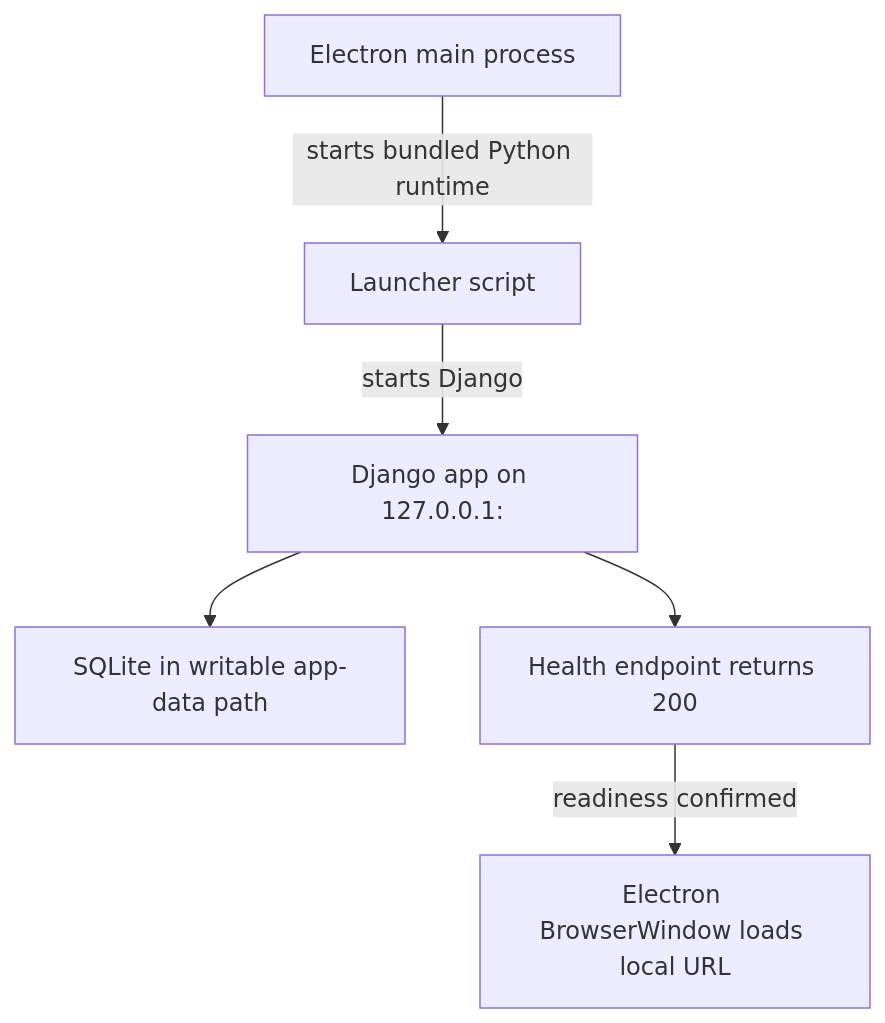
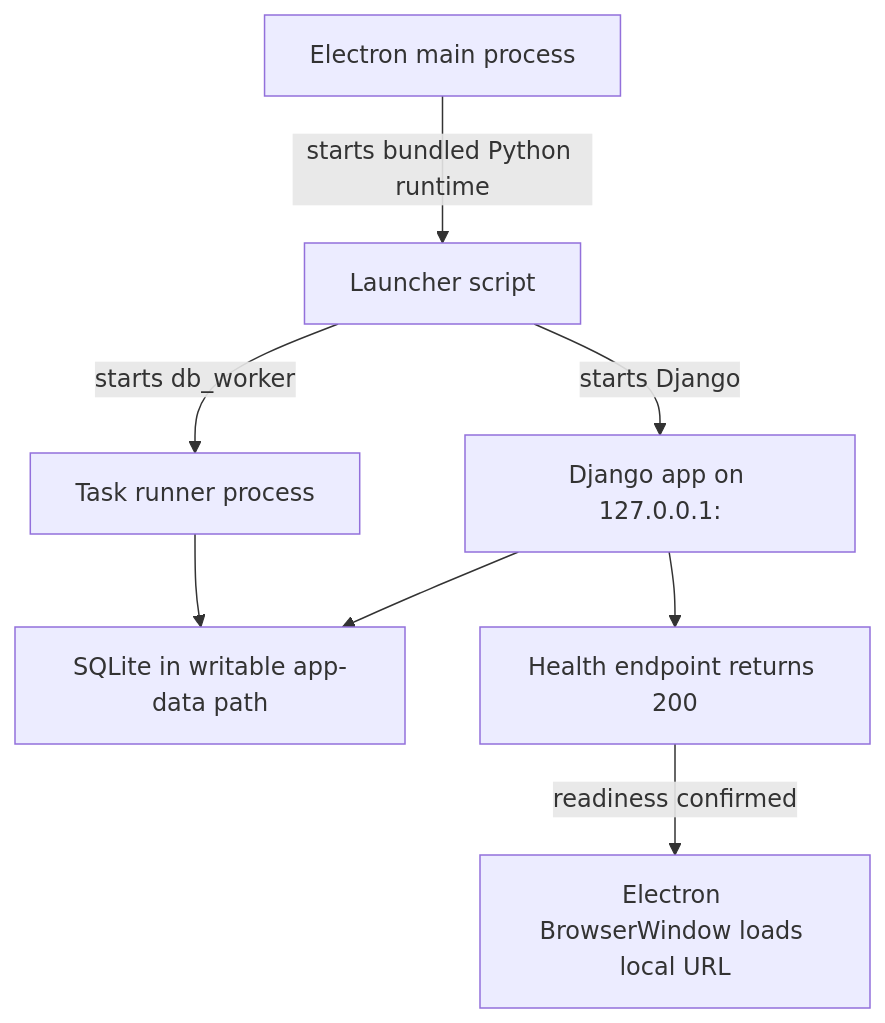
Before and after one commit to ephes/desktop-django-starter: the diagram in docs/architecture.md, drawn with Mermaid. The commit also changed other lines of this file and 18 other files, not shown here.

````diff
--- a/docs/architecture.md
+++ b/docs/architecture.md
@@ -9,15 +9,18 @@
 ```{mermaid}
 flowchart TD
     A[Electron main process]
     B[Launcher script]
     C[Django app on 127.0.0.1:<random-port>]
-    D[SQLite in writable app-data path]
-    E[Health endpoint returns 200]
-    F[Electron BrowserWindow loads local URL]
+    D[Task runner process]
+    E[SQLite in writable app-data path]
+    F[Health endpoint returns 200]
+    G[Electron BrowserWindow loads local URL]
 
     A -->|starts bundled Python runtime| B
     B -->|starts Django| C
-    C --> D
+    B -->|starts db_worker| D
     C --> E
-    E -->|readiness confirmed| F
+    D --> E
+    C --> F
+    F -->|readiness confirmed| G
 ```
````
